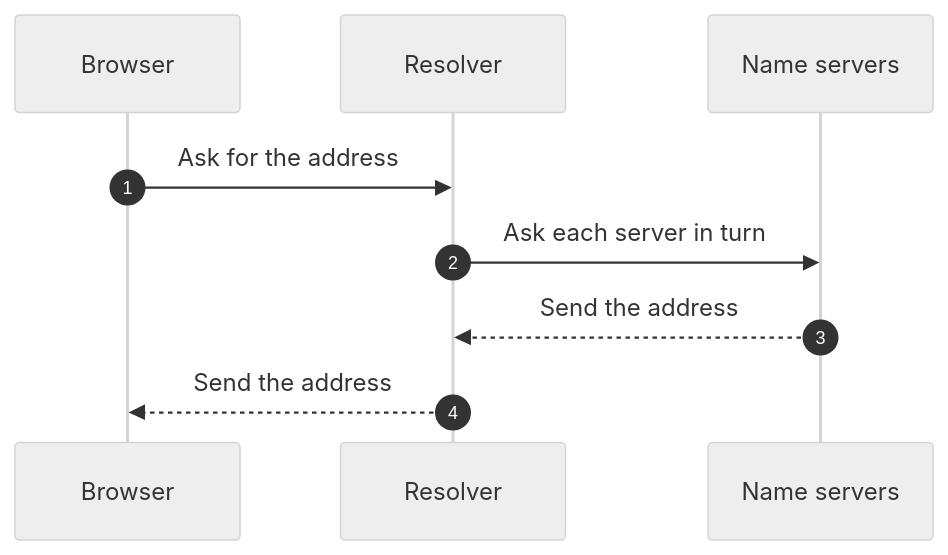
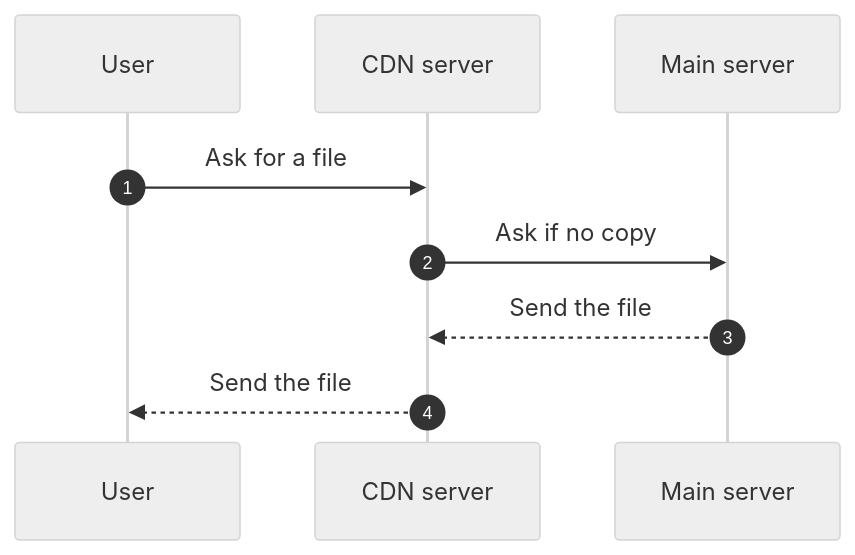
The diagram in tests/fixtures/explain-diagram.md (stayukasabov/Stayux-Clear-Answer), drawn with Mermaid before and after one commit. The commit also changed other lines of this file and 8 other files, not shown here.

First line of the commit message:
Add /clear-answer:explain:diagram and :explain:html commands

````diff
--- a/tests/fixtures/explain-diagram.md
+++ b/tests/fixtures/explain-diagram.md
@@ -5,12 +5,12 @@
 ```mermaid
 %%{init: {"theme": "neutral"}}%%
 sequenceDiagram
     autonumber
-    participant B as Browser
-    participant R as Resolver
-    participant N as Name servers
-    B->>R: Ask for the address
-    R->>N: Ask each server in turn
-    N-->>R: Send the address
-    R-->>B: Send the address
+    participant U as User
+    participant C as CDN server
+    participant M as Main server
+    U->>C: Ask for a file
+    C->>M: Ask if no copy
+    M-->>C: Send the file
+    C-->>U: Send the file
 ```
````
